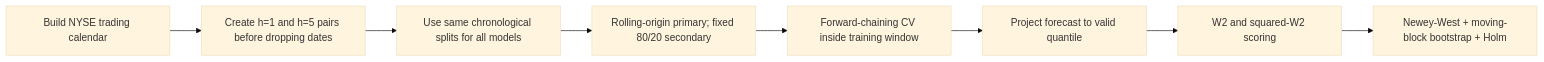
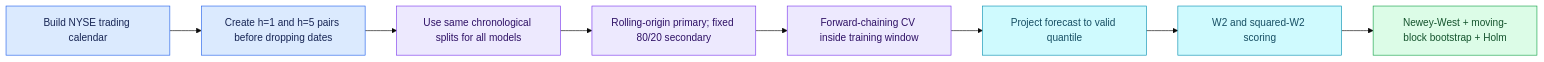
Before and after one commit to itsmilindsahu/WGP-Forecasting-of-RND: the fifth of 7 diagrams in README.md, drawn with Mermaid (base theme). The commit also changed other lines of this file and 3 other files, not shown here.

First line of the commit message:
Add colorful README diagrams and animated illustrations

````diff
--- a/README.md
+++ b/README.md
@@ -89,10 +160,18 @@
 ```mermaid
 flowchart LR
     A[Build NYSE trading calendar] --> B[Create h=1 and h=5 pairs before dropping dates]
     B --> C[Use same chronological splits for all models]
     C --> D[Rolling-origin primary; fixed 80/20 secondary]
     D --> E[Forward-chaining CV inside training window]
     E --> F[Project forecast to valid quantile]
     F --> G[W2 and squared-W2 scoring]
     G --> H[Newey-West + moving-block bootstrap + Holm]
+    classDef calendar fill:#dbeafe,stroke:#2563eb,color:#172554
+    classDef split fill:#ede9fe,stroke:#7c3aed,color:#2e1065
+    classDef score fill:#cffafe,stroke:#0891b2,color:#164e63
+    classDef inference fill:#dcfce7,stroke:#16a34a,color:#14532d
+    class A,B calendar
+    class C,D,E split
+    class F,G score
+    class H inference
 ```
````
